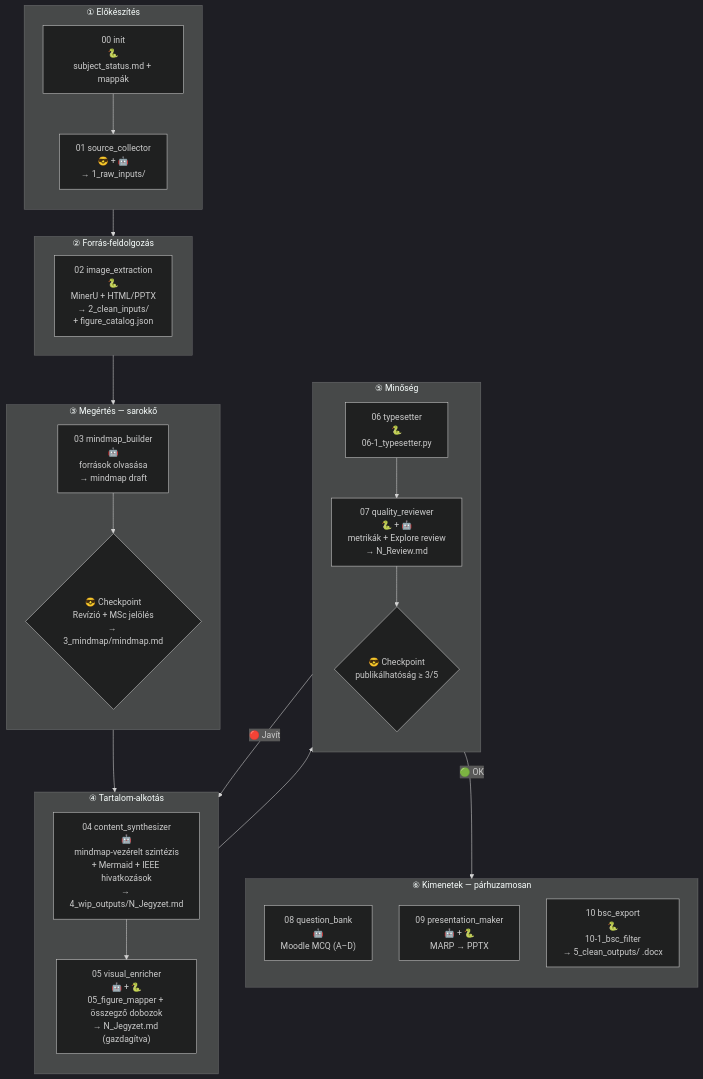
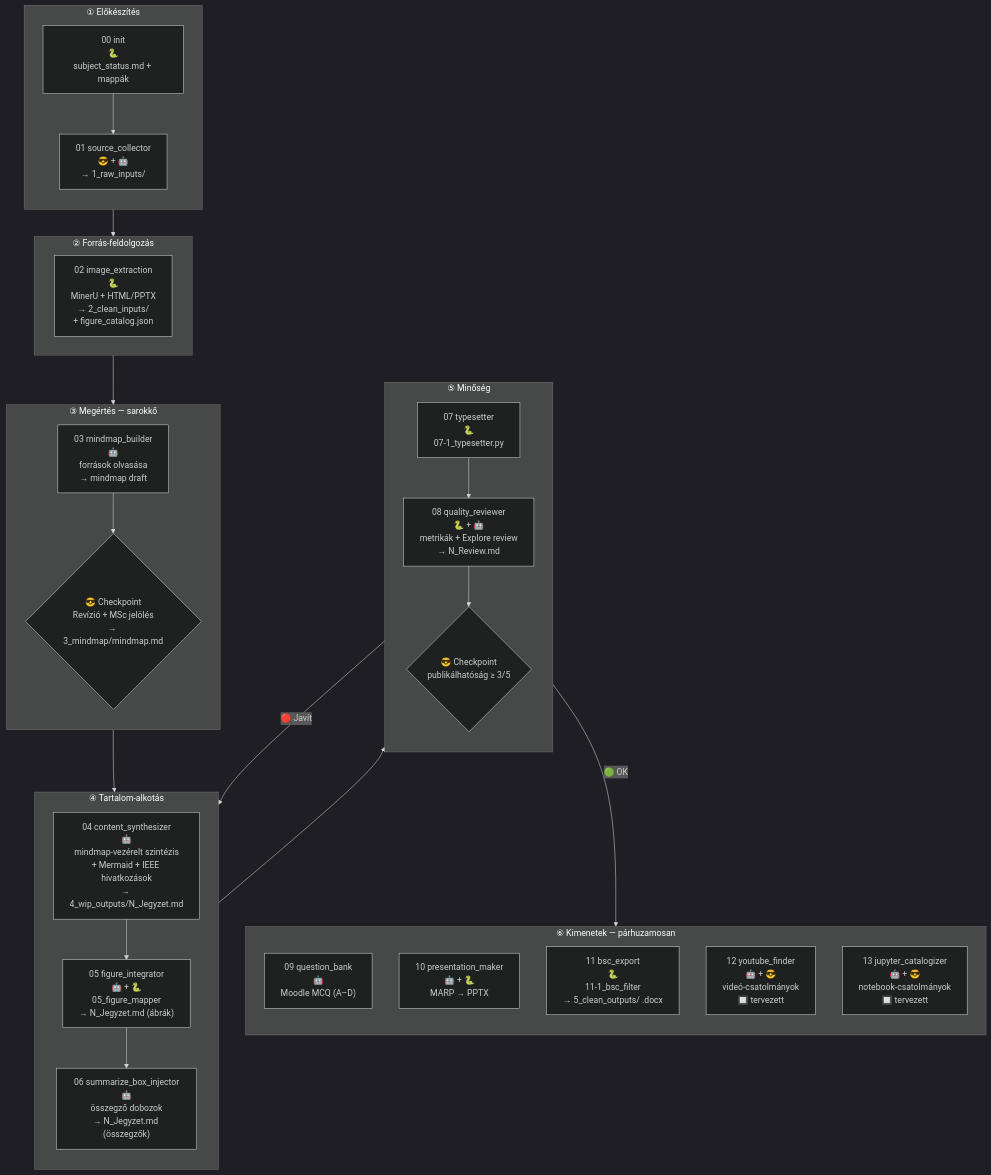
The diagram in .claude/pipeline.md (InutilemMachina/claude_course), drawn with Mermaid (dark theme) before and after one commit. The commit also changed other lines of this file and 23 other files, not shown here.

````diff
--- a/.claude/pipeline.md
+++ b/.claude/pipeline.md
@@ -45,46 +49,49 @@
 ```mermaid
 flowchart TD
     subgraph INIT["① Előkészítés"]
         direction TB
         I0["00 init<br>🐍<br>subject_status.md + mappák"]
         I1["01 source_collector<br>😎 + 🤖<br>→ 1_raw_inputs/"]
         I0 --> I1
     end
 
     subgraph EXT["② Forrás-feldolgozás"]
         E1["02 image_extraction<br>🐍<br>MinerU + HTML/PPTX<br>→ 2_clean_inputs/<br>+ figure_catalog.json"]
     end
 
     subgraph UNDERSTAND["③ Megértés — sarokkő"]
         direction TB
         U1["03 mindmap_builder<br>🤖<br>források olvasása<br>→ mindmap draft"]
         U2{"😎 Checkpoint<br>Revízió + MSc jelölés<br>→ 3_mindmap/mindmap.md"}
         U1 --> U2
     end
 
     subgraph CREATE["④ Tartalom-alkotás"]
         direction TB
         C1["04 content_synthesizer<br>🤖<br>mindmap-vezérelt szintézis<br>+ Mermaid + IEEE hivatkozások<br>→ 4_wip_outputs/N_Jegyzet.md"]
-        C2["05 visual_enricher<br>🤖 + 🐍<br>05_figure_mapper + összegző dobozok<br>→ N_Jegyzet.md (gazdagítva)"]
-        C1 --> C2
+        C2["05 figure_integrator<br>🤖 + 🐍<br>05_figure_mapper<br>→ N_Jegyzet.md (ábrák)"]
+        C3["06 summarize_box_injector<br>🤖<br>összegző dobozok<br>→ N_Jegyzet.md (összegzők)"]
+        C1 --> C2 --> C3
     end
 
     subgraph QUALITY["⑤ Minőség"]
         direction TB
-        Q1["06 typesetter<br>🐍<br>06-1_typesetter.py"]
-        Q2["07 quality_reviewer<br>🐍 + 🤖<br>metrikák + Explore review<br>→ N_Review.md"]
+        Q1["07 typesetter<br>🐍<br>07-1_typesetter.py"]
+        Q2["08 quality_reviewer<br>🐍 + 🤖<br>metrikák + Explore review<br>→ N_Review.md"]
         Q3{"😎 Checkpoint<br>publikálhatóság ≥ 3/5"}
         Q1 --> Q2 --> Q3
     end
 
     subgraph OUTPUT["⑥ Kimenetek — párhuzamosan"]
         direction TB
-        O1["08 question_bank<br>🤖<br>Moodle MCQ (A–D)"]
-        O2["09 presentation_maker<br>🤖 + 🐍<br>MARP → PPTX"]
-        O3["10 bsc_export<br>🐍<br>10-1_bsc_filter<br>→ 5_clean_outputs/ .docx"]
+        O1["09 question_bank<br>🤖<br>Moodle MCQ (A–D)"]
+        O2["10 presentation_maker<br>🤖 + 🐍<br>MARP → PPTX"]
+        O3["11 bsc_export<br>🐍<br>11-1_bsc_filter<br>→ 5_clean_outputs/ .docx"]
+        O4["12 youtube_finder<br>🤖 + 😎<br>videó-csatolmányok<br>🔲 tervezett"]
+        O5["13 jupyter_catalogizer<br>🤖 + 😎<br>notebook-csatolmányok<br>🔲 tervezett"]
     end
 
     INIT --> EXT --> UNDERSTAND --> CREATE --> QUALITY
     Q3 -->|"🟢 OK"| OUTPUT
     Q3 -->|"🔴 Javít"| CREATE
 ```
````
